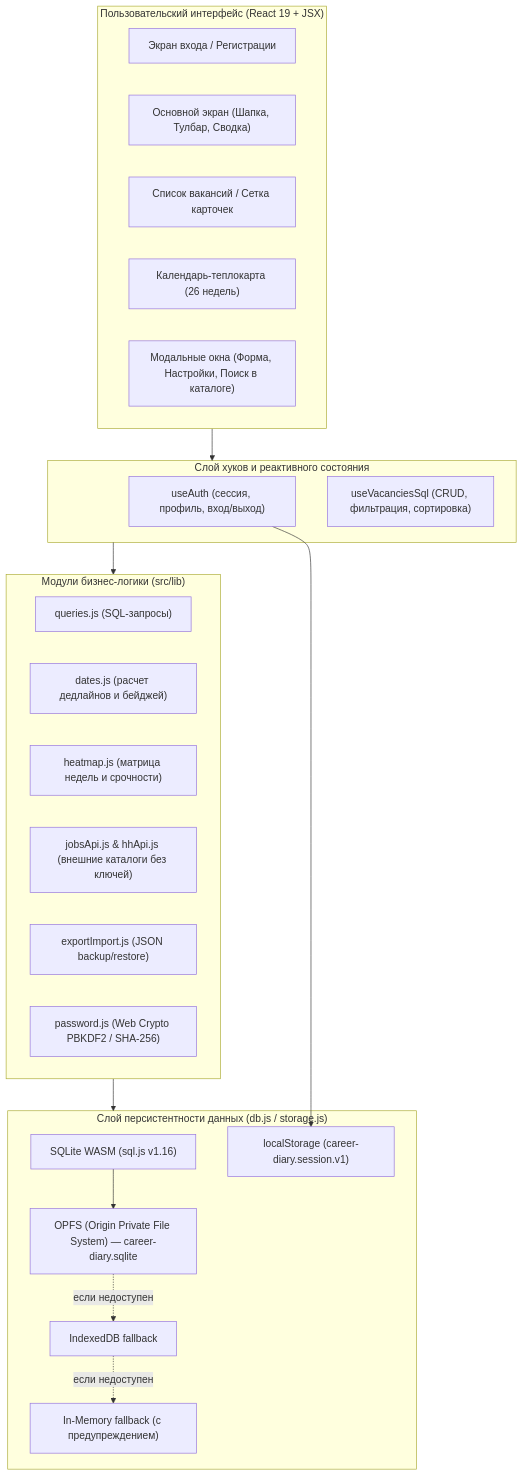
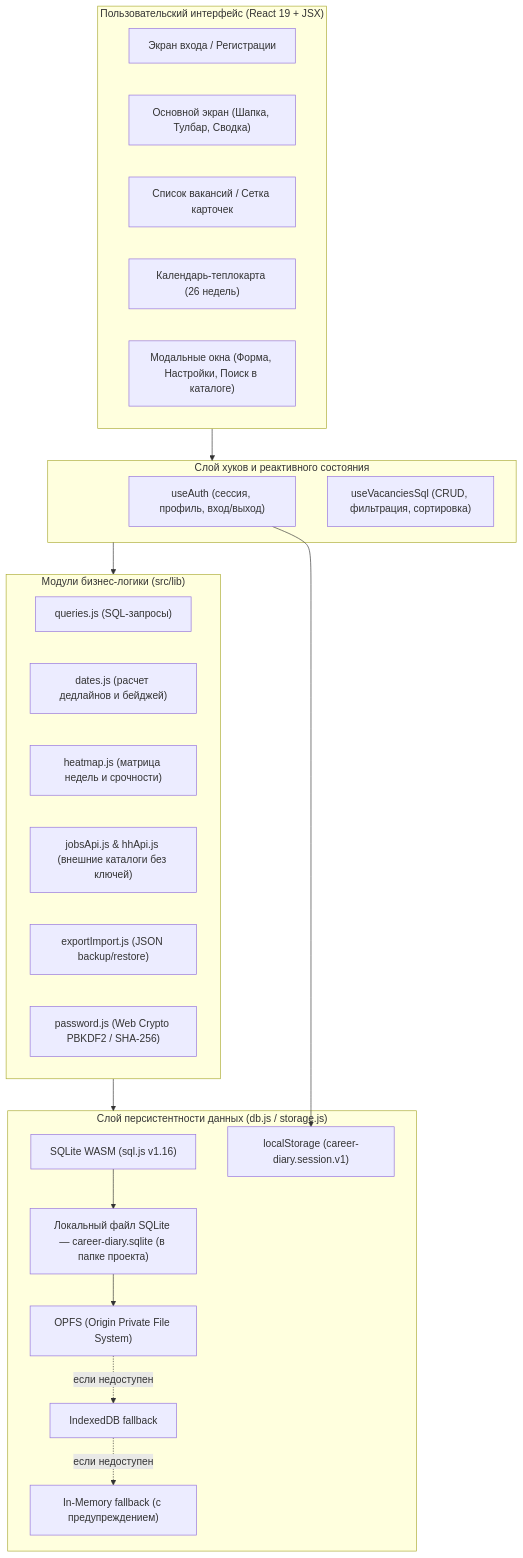
One commit to annamolodcova/IDZ1_final changed the first of 3 diagrams in ARCHITECTURE.md. Above: the diagram before and after it, drawn with Mermaid. The commit also changed other lines of this file and 17 other files, not shown here.

````diff
--- a/ARCHITECTURE.md
+++ b/ARCHITECTURE.md
@@ -11,40 +11,42 @@
 ```mermaid
 flowchart TD
     subgraph UI ["Пользовательский интерфейс (React 19 + JSX)"]
         AuthScreen["Экран входа / Регистрации"]
         MainScreen["Основной экран (Шапка, Тулбар, Сводка)"]
         VacancyCards["Список вакансий / Сетка карточек"]
         CalendarView["Календарь-теплокарта (26 недель)"]
         Modals["Модальные окна (Форма, Настройки, Поиск в каталоге)"]
     end
 
     subgraph StateHooks ["Слой хуков и реактивного состояния"]
         useAuth["useAuth (сессия, профиль, вход/выход)"]
         useVacanciesSql["useVacanciesSql (CRUD, фильтрация, сортировка)"]
     end
 
     subgraph LogicLayer ["Модули бизнес-логики (src/lib)"]
         Queries["queries.js (SQL-запросы)"]
         DatesLib["dates.js (расчет дедлайнов и бейджей)"]
         HeatmapLib["heatmap.js (матрица недель и срочности)"]
         JobsApi["jobsApi.js & hhApi.js (внешние каталоги без ключей)"]
         ExportImport["exportImport.js (JSON backup/restore)"]
         PasswordLib["password.js (Web Crypto PBKDF2 / SHA-256)"]
     end
 
     subgraph StorageLayer ["Слой персистентности данных (db.js / storage.js)"]
         SqlJs["SQLite WASM (sql.js v1.16)"]
-        OPFS["OPFS (Origin Private File System) — career-diary.sqlite"]
+        LocalFile["Локальный файл SQLite — career-diary.sqlite (в папке проекта)"]
+        OPFS["OPFS (Origin Private File System)"]
         IDB["IndexedDB fallback"]
         MemFallback["In-Memory fallback (с предупреждением)"]
         SessionStore["localStorage (career-diary.session.v1)"]
     end
 
     UI --> StateHooks
     StateHooks --> LogicLayer
     LogicLayer --> StorageLayer
-    SqlJs --> OPFS
+    SqlJs --> LocalFile
+    LocalFile --> OPFS
     OPFS -.->|если недоступен| IDB
     IDB -.->|если недоступен| MemFallback
     useAuth --> SessionStore
 ```
````
